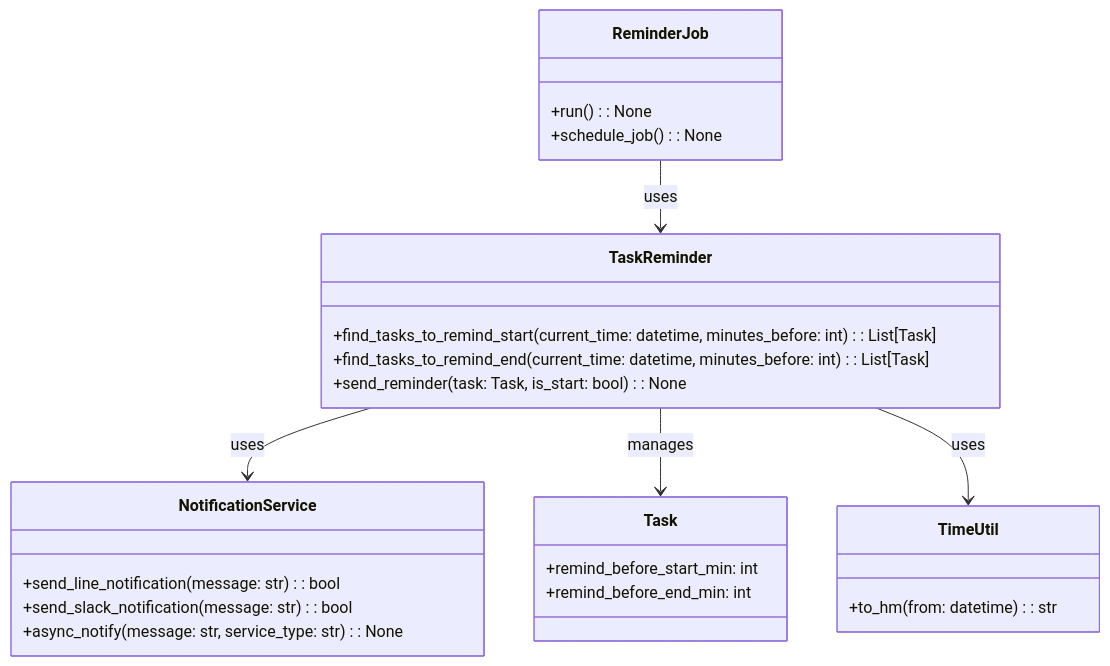
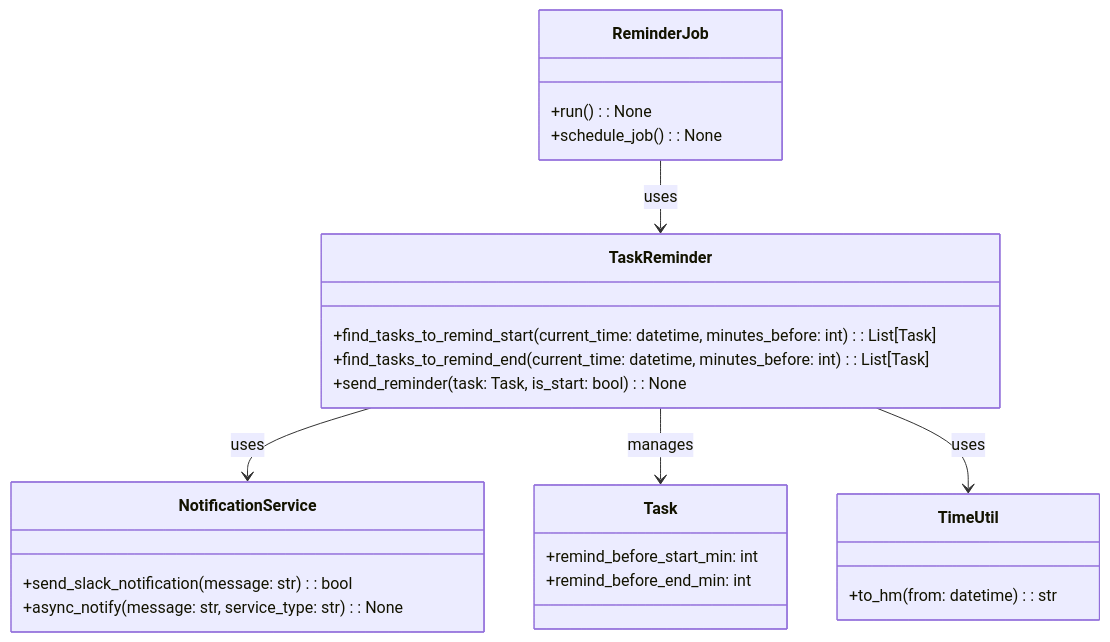
Before and after one commit to shuhei1101/notion-taskr: the second of 2 diagrams in docs/issues/issue-762/762-requirement.md, drawn with Mermaid. The commit also changed other lines of this file, not shown here.

Commit message:
通知方法`Line`の削除(変更者: ユーザ)

````diff
--- a/docs/issues/issue-762/762-requirement.md
+++ b/docs/issues/issue-762/762-requirement.md
@@ -124,33 +123,32 @@
 ```mermaid
 classDiagram
     class Task {
         +remind_before_start_min: int
         +remind_before_end_min: int
     }
     
     class TaskReminder {
         +find_tasks_to_remind_start(current_time: datetime, minutes_before: int): List[Task]
         +find_tasks_to_remind_end(current_time: datetime, minutes_before: int): List[Task]
         +send_reminder(task: Task, is_start: bool): None
     }
     
     class NotificationService {
-        +send_line_notification(message: str): bool
         +send_slack_notification(message: str): bool
         +async_notify(message: str, service_type: str): None
     }
     
     class ReminderJob {
         +run(): None
         +schedule_job(): None
     }
     
     class TimeUtil {
         +to_hm(from: datetime): str
     }
     
     ReminderJob --> TaskReminder: uses
     TaskReminder --> NotificationService: uses
     TaskReminder --> Task: manages
     TaskReminder --> TimeUtil: uses
 ```
````
